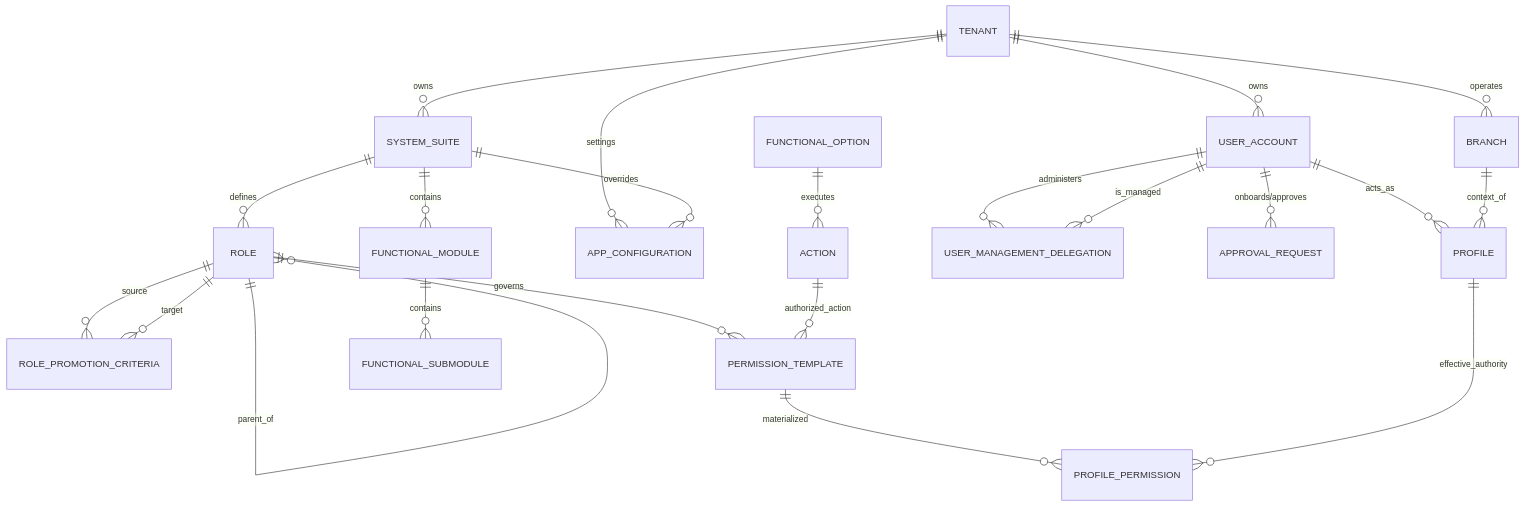
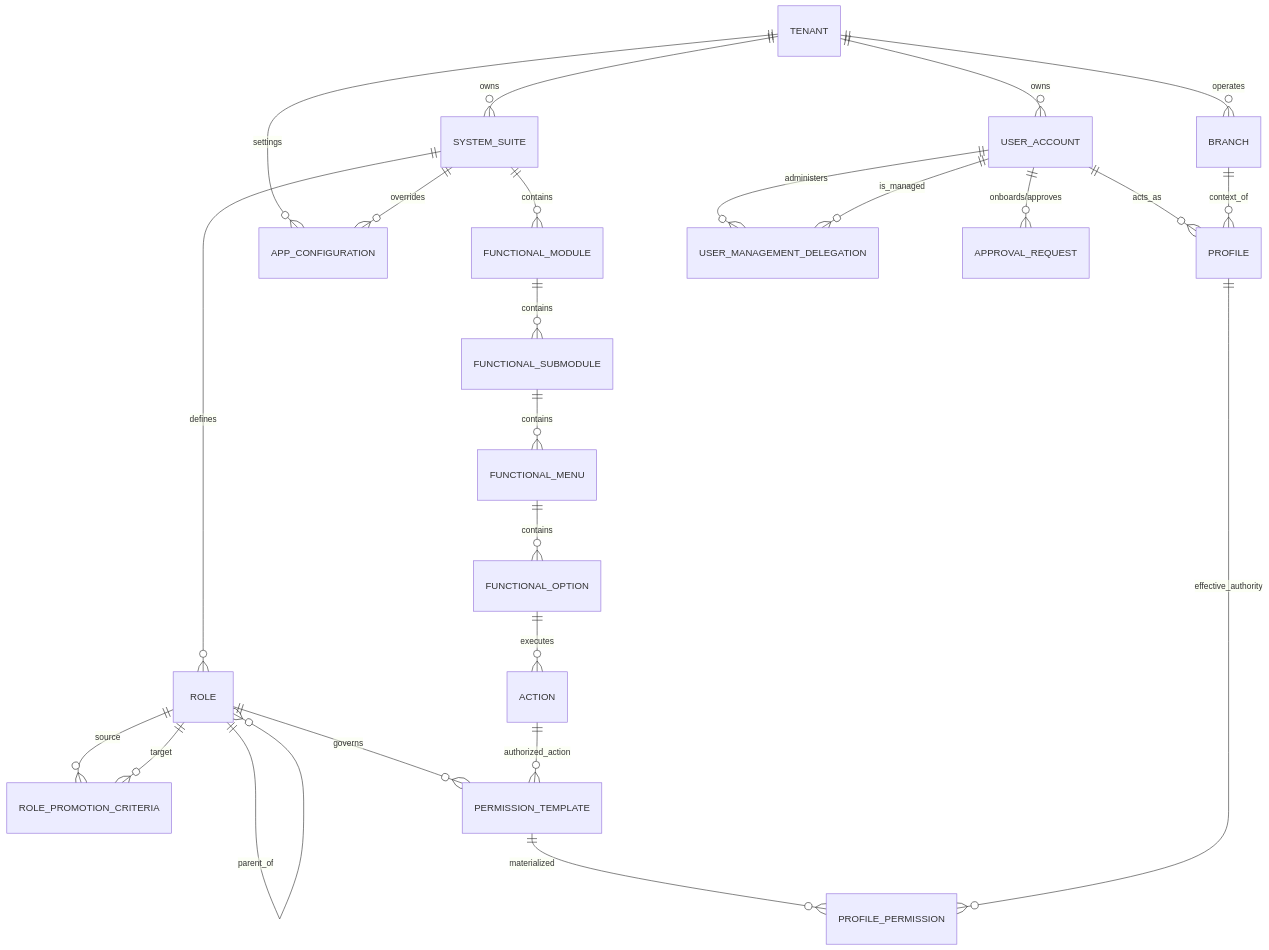
Before and after one commit to beyondnetcode/ums: the first of 4 diagrams in docs/architecture/blueprints/database-design-er.md, drawn with Mermaid. The commit also changed other lines of this file and 1 other file, not shown here.

Commit message:
docs: add FUNCTIONAL_MENU table and expand authorization hierarchy to 6 levels

````diff
--- a/docs/architecture/blueprints/database-design-er.md
+++ b/docs/architecture/blueprints/database-design-er.md
@@ -31,31 +31,33 @@
 ```mermaid
 erDiagram
     TENANT ||--o{ SYSTEM_SUITE : "owns"
     TENANT ||--o{ BRANCH : "operates"
     TENANT ||--o{ USER_ACCOUNT : "owns"
     SYSTEM_SUITE ||--o{ ROLE : "defines"
     SYSTEM_SUITE ||--o{ FUNCTIONAL_MODULE : "contains"
     
     ROLE ||--o{ ROLE : "parent_of"
     ROLE ||--o{ ROLE_PROMOTION_CRITERIA : "source"
     ROLE ||--o{ ROLE_PROMOTION_CRITERIA : "target"
     
     TENANT ||--o{ APP_CONFIGURATION : "settings"
     SYSTEM_SUITE ||--o{ APP_CONFIGURATION : "overrides"
     
     ROLE ||--o{ PERMISSION_TEMPLATE : "governs"
     PERMISSION_TEMPLATE ||--o{ PROFILE_PERMISSION : "materialized"
     
     USER_ACCOUNT ||--o{ PROFILE : "acts_as"
     USER_ACCOUNT ||--o{ USER_MANAGEMENT_DELEGATION : "administers"
     USER_ACCOUNT ||--o{ USER_MANAGEMENT_DELEGATION : "is_managed"
     USER_ACCOUNT ||--o{ APPROVAL_REQUEST : "onboards/approves"
     
     BRANCH ||--o{ PROFILE : "context_of"
     PROFILE ||--o{ PROFILE_PERMISSION : "effective_authority"
     
     FUNCTIONAL_MODULE ||--o{ FUNCTIONAL_SUBMODULE : "contains"
+    FUNCTIONAL_SUBMODULE ||--o{ FUNCTIONAL_MENU : "contains"
+    FUNCTIONAL_MENU ||--o{ FUNCTIONAL_OPTION : "contains"
     FUNCTIONAL_OPTION ||--o{ ACTION : "executes"
     
     ACTION ||--o{ PERMISSION_TEMPLATE : "authorized_action"
 ```
````
